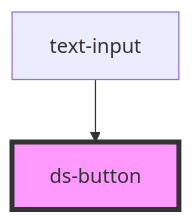
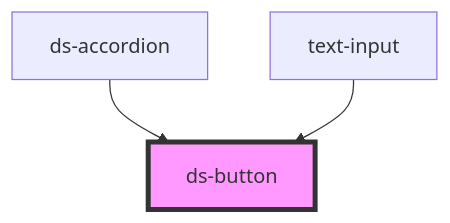
Before and after one commit to tmorrowdev/stencil-poc: the diagram in libs/stencil/src/components/ds-button/readme.md, drawn with Mermaid. The commit also changed other lines of this file and 24 other files, not shown here.

````diff
--- a/libs/stencil/src/components/ds-button/readme.md
+++ b/libs/stencil/src/components/ds-button/readme.md
@@ -26,5 +27,6 @@
 ```mermaid
 graph TD;
+  ds-accordion --> ds-button
   text-input --> ds-button
   style ds-button fill:#f9f,stroke:#333,stroke-width:4px
 ```
````
